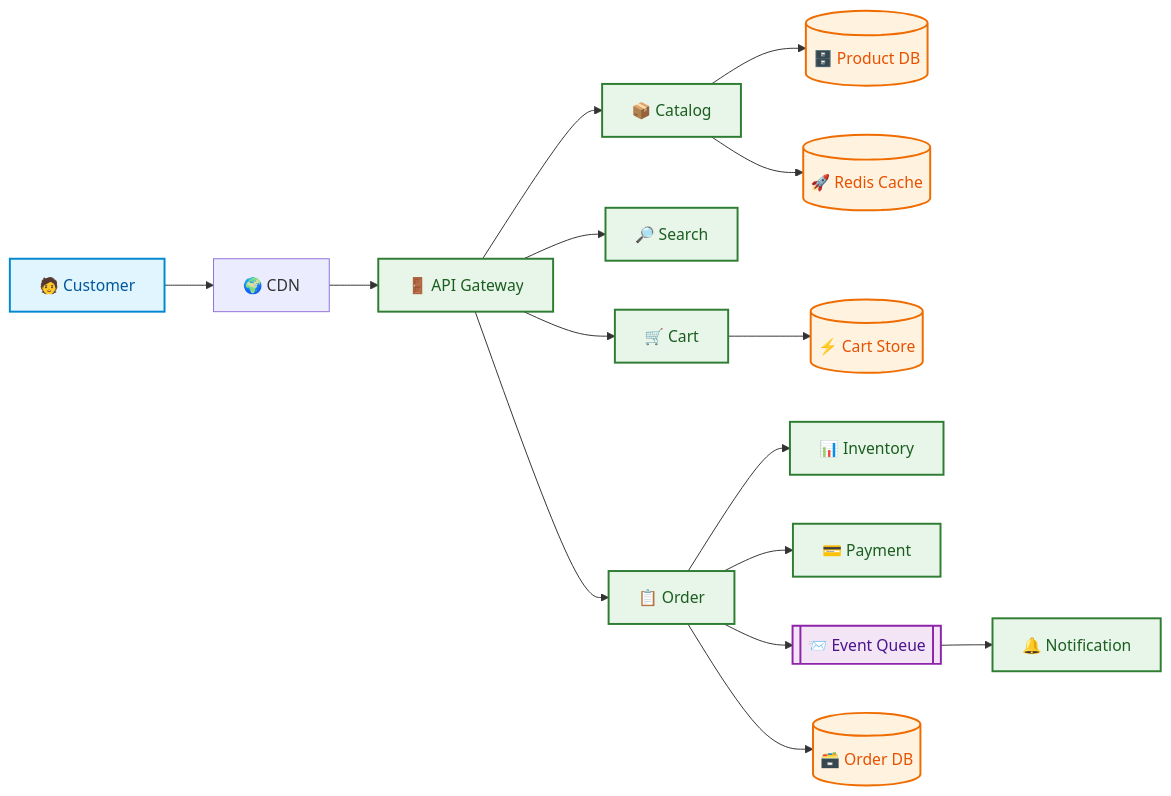
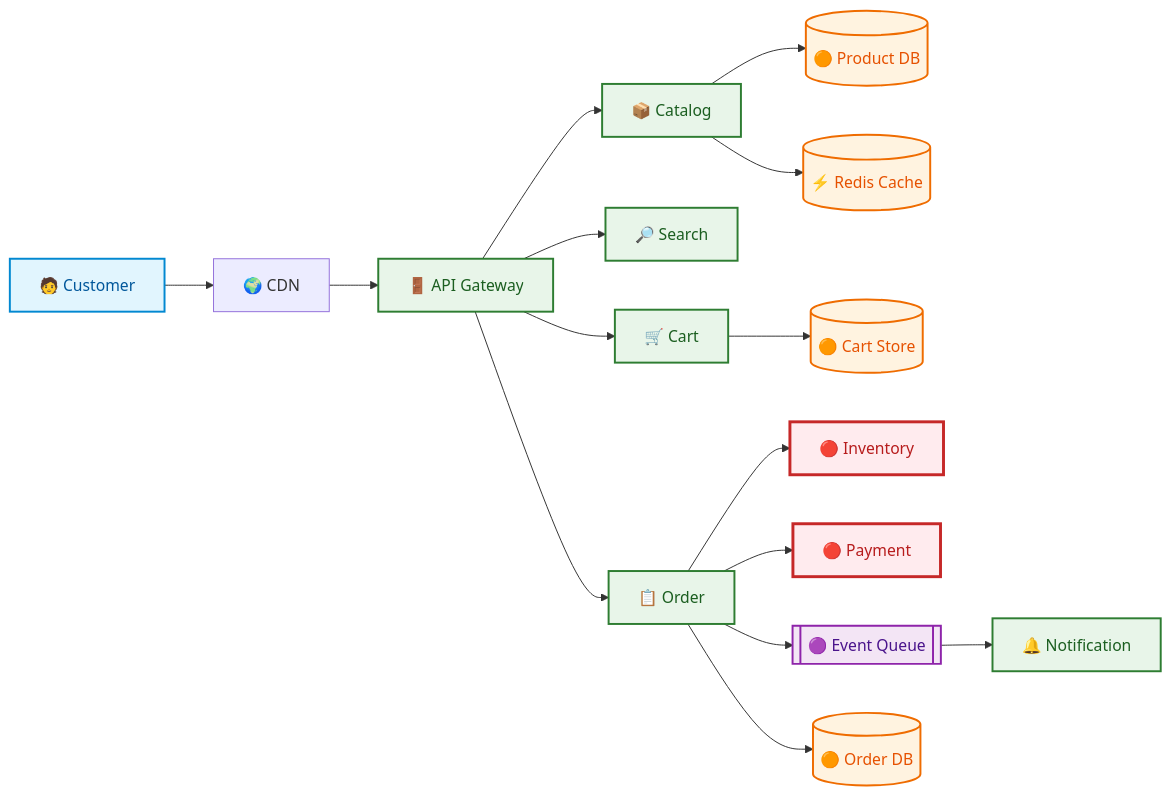
The first of 3 diagrams in System-Design/01-E-Commerce-Amazon/solution.md (azam123/Engineering-Interview-Prep), drawn with Mermaid before and after one commit. The commit also changed other lines of this file, not shown here.

Commit message:
Enhance Amazon system design with colorful animated-style diagrams and explanations

````diff
--- a/System-Design/01-E-Commerce-Amazon/solution.md
+++ b/System-Design/01-E-Commerce-Amazon/solution.md
@@ -48,26 +54,28 @@
 ```mermaid
 flowchart LR
     U[🧑 Customer] --> CDN[🌍 CDN]
     CDN --> GW[🚪 API Gateway]
     GW --> C[📦 Catalog]
     GW --> S[🔎 Search]
     GW --> Cart[🛒 Cart]
     GW --> O[📋 Order]
-    O --> I[📊 Inventory]
-    O --> P[💳 Payment]
-    O --> Q[[📨 Event Queue]]
+    O --> I[🔴 Inventory]
+    O --> P[🔴 Payment]
+    O --> Q[[🟣 Event Queue]]
     Q --> N[🔔 Notification]
-    C --> DB[(🗄️ Product DB)]
-    Cart --> R[(⚡ Cart Store)]
-    O --> OD[(🗃️ Order DB)]
-    C --> Cache[(🚀 Redis Cache)]
+    C --> DB[(🟠 Product DB)]
+    Cart --> R[(🟠 Cart Store)]
+    O --> OD[(🟠 Order DB)]
+    C --> Cache[(⚡ Redis Cache)]
 
     classDef client fill:#E1F5FE,stroke:#0288D1,color:#01579B,stroke-width:2px;
     classDef service fill:#E8F5E9,stroke:#2E7D32,color:#1B5E20,stroke-width:2px;
+    classDef critical fill:#FFEBEE,stroke:#C62828,color:#B71C1C,stroke-width:3px;
     classDef data fill:#FFF3E0,stroke:#EF6C00,color:#E65100,stroke-width:2px;
     classDef async fill:#F3E5F5,stroke:#8E24AA,color:#4A148C,stroke-width:2px;
     class U client;
-    class GW,C,S,Cart,O,I,P,N service;
+    class GW,C,S,Cart,O,N service;
+    class I,P critical;
     class DB,R,OD,Cache data;
     class Q async;
 ```
````
